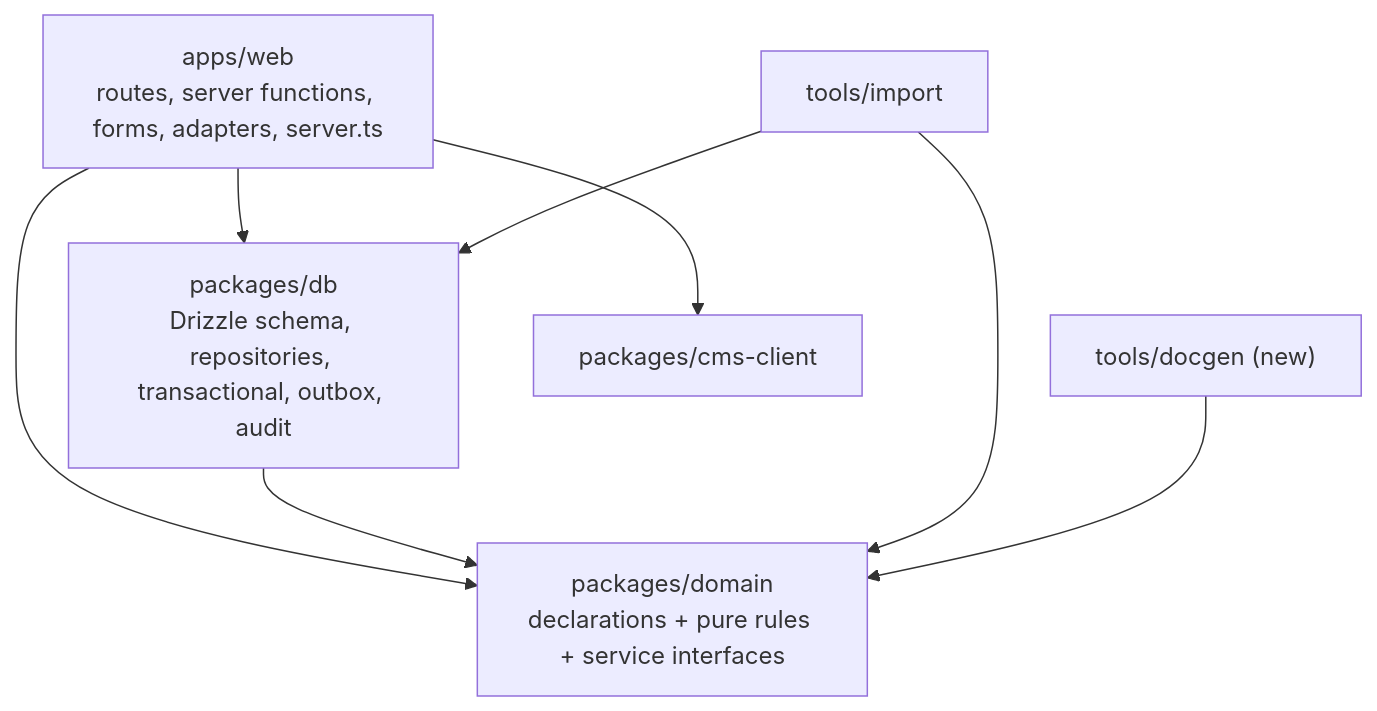
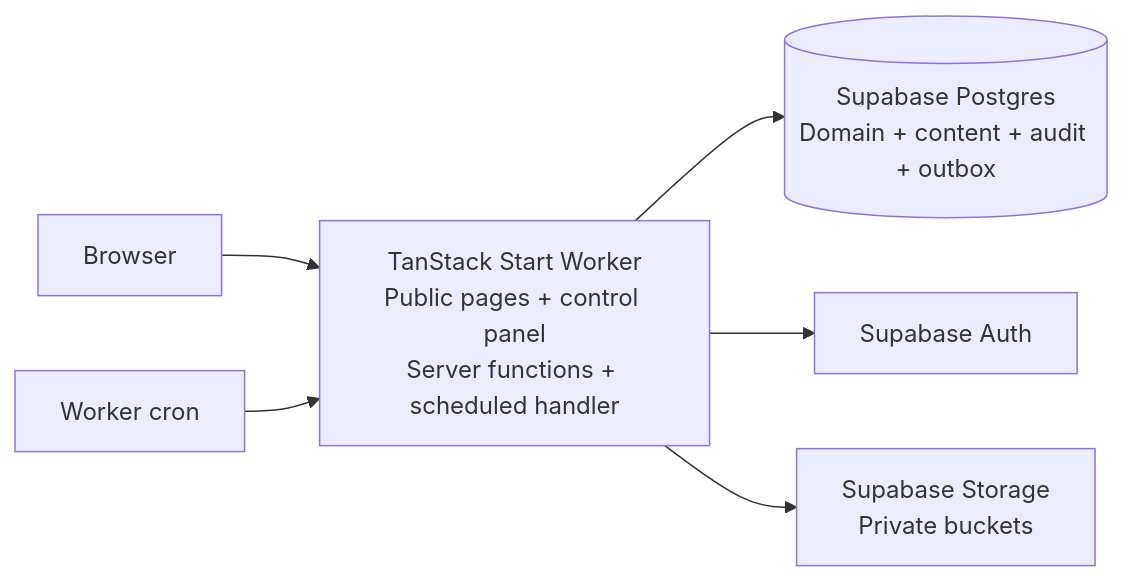
One commit to phibkro/vektorprogrammet-reimagined changed the diagram in docs/system/architecture.md. Above: the diagram before and after it, drawn with Mermaid. The commit also changed other lines of this file and 1220 other files, not shown here.

First line of the commit message:
feat: adopt Supabase prototype and app-local architecture (#77)

````diff
--- a/docs/system/architecture.md
+++ b/docs/system/architecture.md
@@ -155,12 +5,8 @@
 ```mermaid
-flowchart TB
-  WEB["apps/web<br/>routes, server functions, forms, adapters, server.ts"] --> DOMAIN
-  WEB --> DB
-  DB["packages/db<br/>Drizzle schema, repositories, transactional, outbox, audit"] --> DOMAIN
-  DOMAIN["packages/domain<br/>declarations + pure rules + service interfaces"]
-  IMPORT["tools/import"] --> DOMAIN
-  IMPORT --> DB
-  DOCGEN["tools/docgen (new)"] --> DOMAIN
-  CMSC["packages/cms-client"]
-  WEB --> CMSC
+flowchart LR
+  Browser --> Web["TanStack Start Worker<br/>Public pages + control panel<br/>Server functions + scheduled handler"]
+  Web --> PG[("Supabase Postgres<br/>Domain + content + audit + outbox")]
+  Web --> Auth["Supabase Auth"]
+  Web --> Storage["Supabase Storage<br/>Private buckets"]
+  Cron["Worker cron"] --> Web
 ```
````
